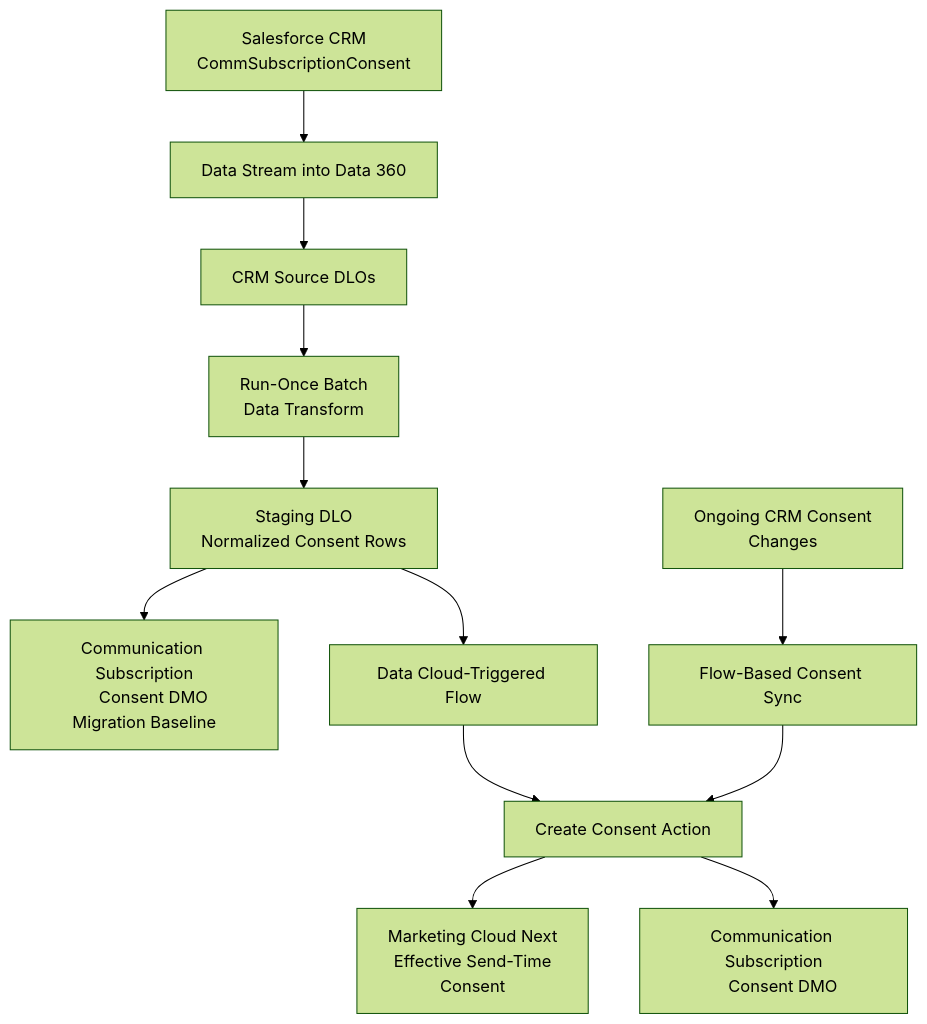
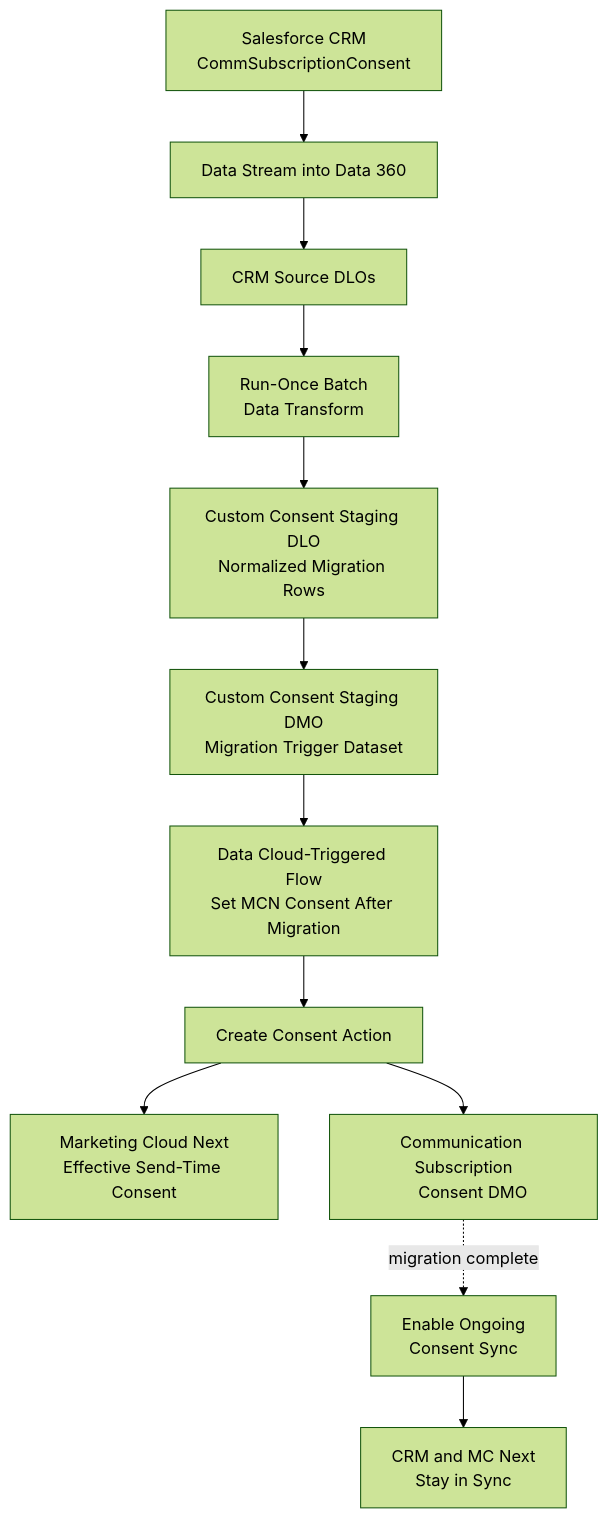
Before and after one commit to hipoliciak/modrzejewski_it_website: the second of 4 diagrams in src/content/blog/how-to-migrate-consent-from-salesforce-crm-to-marketing-cloud-next.mdx, drawn with Mermaid (forest theme). The commit also changed other lines of this file and 5 other files, not shown here.

````diff
--- a/src/content/blog/how-to-migrate-consent-from-salesforce-crm-to-marketing-cloud-next.mdx
+++ b/src/content/blog/how-to-migrate-consent-from-salesforce-crm-to-marketing-cloud-next.mdx
@@ -80,21 +82,19 @@
 ```mermaid
 flowchart TD
     A["Salesforce CRM<br/>CommSubscriptionConsent"] --> B[Data Stream into Data 360]
     B --> C[CRM Source DLOs]
     C --> D[Run-Once Batch
     Data Transform]
-    D --> E["Staging DLO<br/>Normalized Consent Rows"]
-
-    E --> F["Communication Subscription
-    Consent DMO<br/>Migration Baseline"]
-    E --> G[Data Cloud-Triggered Flow]
+    D --> E["Custom Consent Staging DLO<br/>Normalized Migration Rows"]
+    E --> F["Custom Consent Staging DMO<br/>Migration Trigger Dataset"]
+    F --> G["Data Cloud-Triggered Flow<br/>Set MCN Consent After Migration"]
     G --> H[Create Consent Action]
-    H --> I["Marketing Cloud Next<br/>Effective Send-Time
-    Consent"]
+    H --> I["Marketing Cloud Next<br/>Effective Send-Time Consent"]
     H --> J[Communication Subscription
     Consent DMO]
 
-    K[Ongoing CRM Consent
-    Changes] --> L[Flow-Based Consent Sync]
-    L --> H
+    J -. migration complete .-> K[Enable Ongoing
+    Consent Sync]
+    K --> L[CRM and MC Next
+    Stay in Sync]
 ```
````
